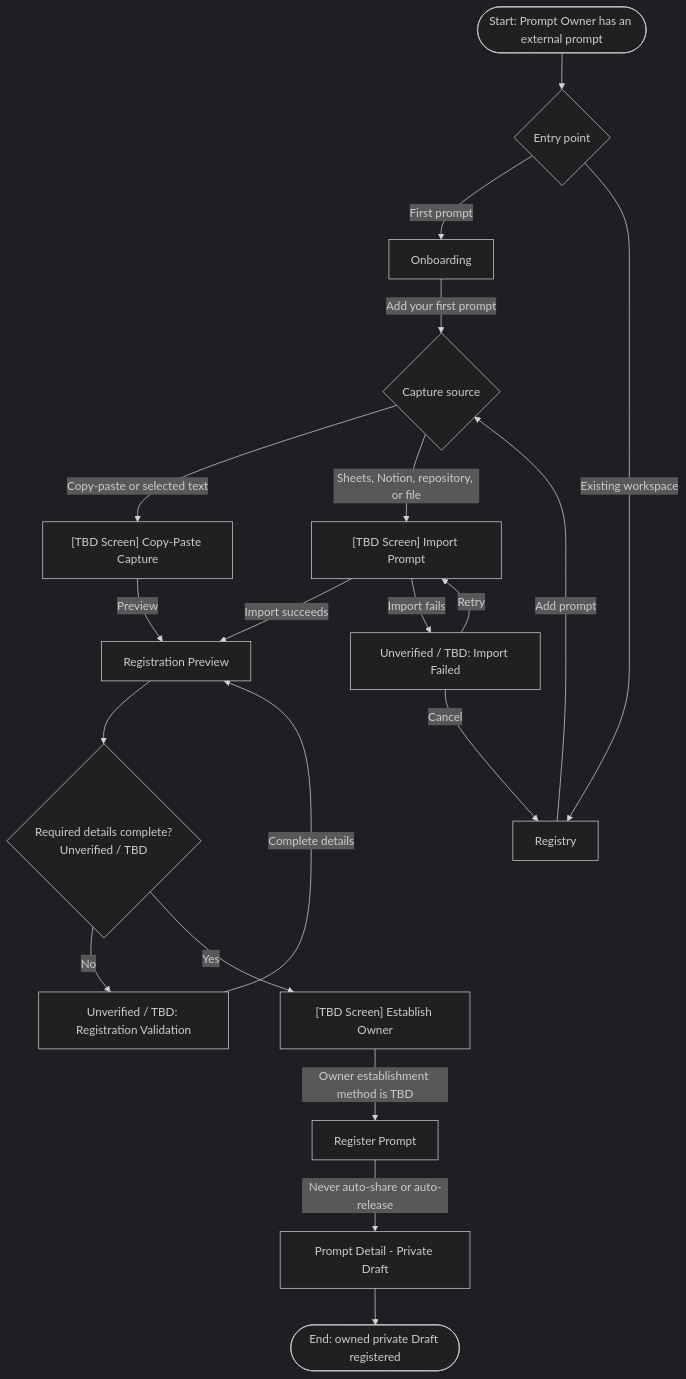
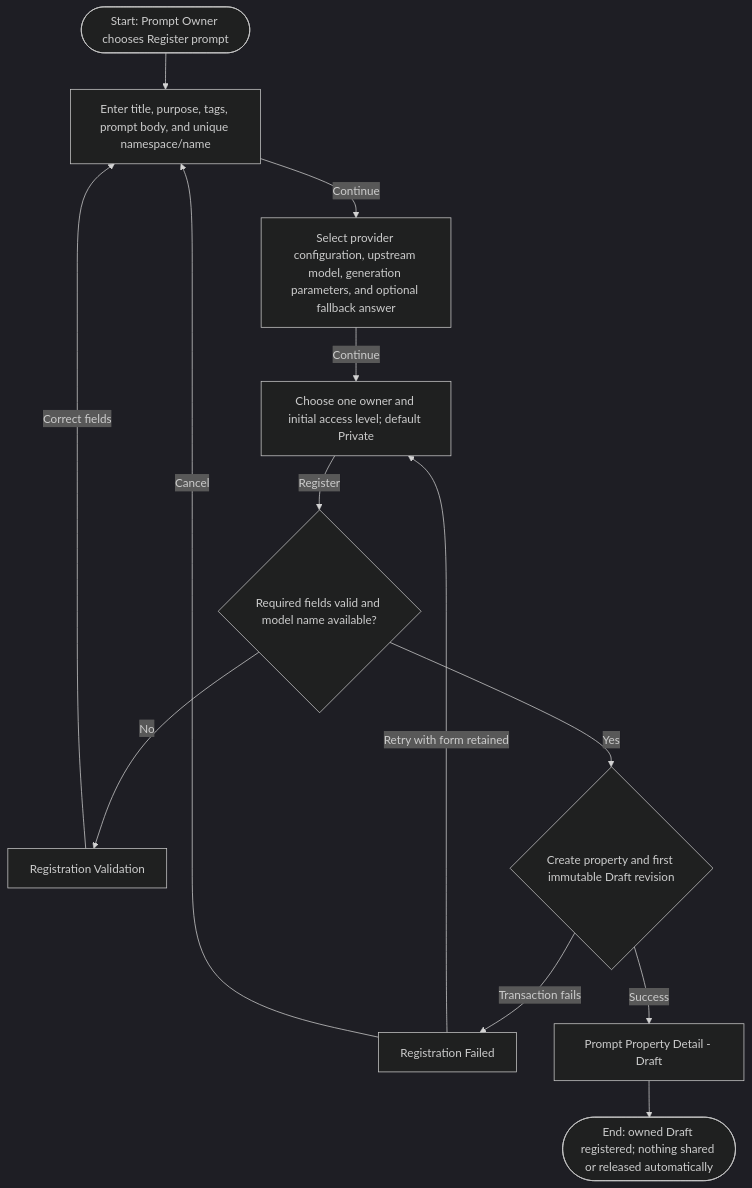
The diagram in docs/user-flows/02-register-prompt.mmd (ngohuunghia-123/Prope_Prompt_Versioning), drawn with Mermaid (dark theme) before and after one commit. The commit also changed 9 other files, not shown here.

```diff
--- a/docs/user-flows/02-register-prompt.mmd
+++ b/docs/user-flows/02-register-prompt.mmd
@@ -1,38 +1,29 @@
 flowchart TD
-    %% Sources: prope_source_of_truth.md S4, MVP, Release 1, open questions; business-analysis.md FR-01.
+    %% Sources: brainstorm/00_context.md Scope, A-017, A-021, A-032, A-035,
+    %% prompt-registry.lock.yml and access-control.lock.yml.
 
-    start([Start: Prompt Owner has an external prompt])
-    entry{Entry point}
-    onboarding[Onboarding]
-    registry[Registry]
-    source{Capture source}
-    paste["[TBD Screen] Copy-Paste Capture"]
-    import_prompt["[TBD Screen] Import Prompt"]
-    preview[Registration Preview]
-    import_failed[Unverified / TBD: Import Failed]
-    details{Required details complete?\nUnverified / TBD}
-    validation[Unverified / TBD: Registration Validation]
-    owner["[TBD Screen] Establish Owner"]
-    register[Register Prompt]
-    draft[Prompt Detail - Private Draft]
-    registered_end([End: owned private Draft registered])
+    start([Start: Prompt Owner chooses Register prompt])
+    record[Enter title, purpose, tags, prompt body, and unique namespace/name]
+    runtime[Select provider configuration, upstream model, generation parameters, and optional fallback answer]
+    ownership[Choose one owner and initial access level; default Private]
+    validate{Required fields valid and model name available?}
+    invalid[Registration Validation]
+    create{Create property and first immutable Draft revision}
+    failed[Registration Failed]
+    detail[Prompt Property Detail - Draft]
+    end_registered([End: owned Draft registered; nothing shared or released automatically])
 
-    start --> entry
-    entry -->|First prompt| onboarding
-    entry -->|Existing workspace| registry
-    onboarding -->|Add your first prompt| source
-    registry -->|Add prompt| source
-    source -->|Copy-paste or selected text| paste
-    source -->|Sheets, Notion, repository, or file| import_prompt
-    paste -->|Preview| preview
-    import_prompt -->|Import succeeds| preview
-    import_prompt -->|Import fails| import_failed
-    import_failed -->|Retry| import_prompt
-    import_failed -->|Cancel| registry
-    preview --> details
-    details -->|No| validation
-    validation -->|Complete details| preview
-    details -->|Yes| owner
-    owner -->|Owner establishment method is TBD| register
-    register -->|Never auto-share or auto-release| draft
-    draft --> registered_end
+    start --> record
+    record -->|Continue| runtime
+    runtime -->|Continue| ownership
+    ownership -->|Register| validate
+    validate -->|No| invalid
+    invalid -->|Correct fields| record
+    validate -->|Yes| create
+    create -->|Transaction fails| failed
+    failed -->|Retry with form retained| ownership
+    failed -->|Cancel| record
+    create -->|Success| detail
+    detail --> end_registered
+
+    %% Import from Sheets, Notion, repositories, files, Drive, or chat exports is out of scope.
```
